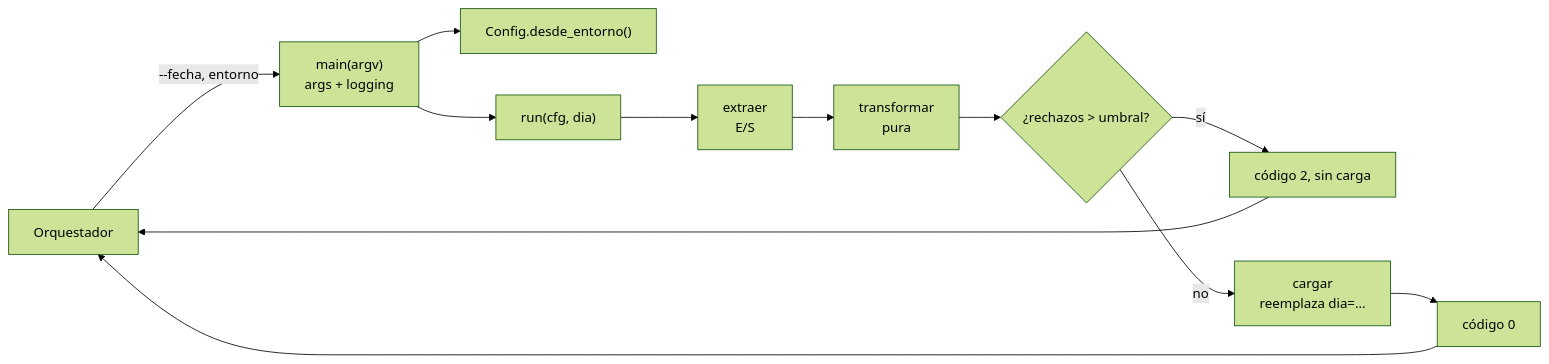
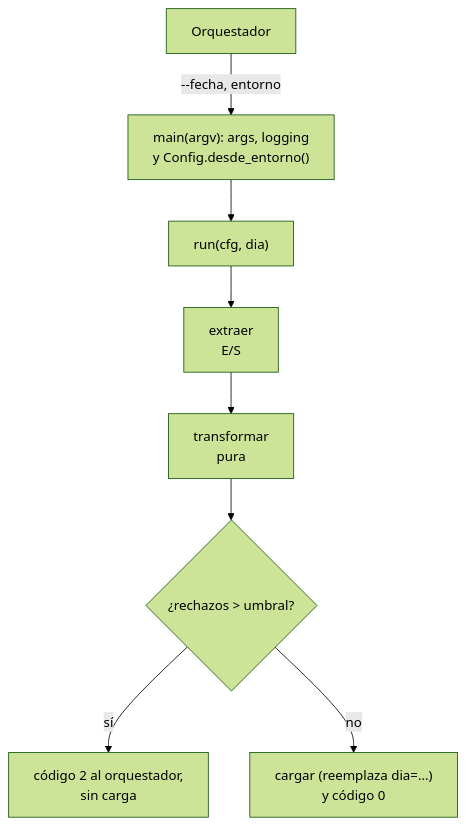
Before and after one commit to fcp4891/de-knowledge-hub: the diagram in content/concepts/python-pipeline-structure.md, drawn with Mermaid (forest theme). The commit also changed other lines of this file and 20 other files, not shown here.

First line of the commit message:
§9 con el estándar de diagramas: 21 diagramas sobre 8 nodos o 10 aristas, rehechos

````diff
--- a/content/concepts/python-pipeline-structure.md
+++ b/content/concepts/python-pipeline-structure.md
@@ -165,12 +165,8 @@
 ```mermaid
-flowchart LR
-  O[Orquestador] -->|--fecha, entorno| M["main(argv)<br/>args + logging"]
-  M --> C["Config.desde_entorno()"]
+flowchart TB
+  O[Orquestador] -->|--fecha, entorno| M["main(argv): args, logging<br/>y Config.desde_entorno()"]
   M --> R["run(cfg, dia)"]
   R --> E["extraer<br/>E/S"] --> T["transformar<br/>pura"] --> Q{"¿rechazos > umbral?"}
-  Q -->|sí| X[código 2, sin carga]
-  Q -->|no| L["cargar<br/>reemplaza dia=..."]
-  L --> Z[código 0]
-  X --> O
-  Z --> O
+  Q -->|sí| X["código 2 al orquestador,<br/>sin carga"]
+  Q -->|no| L["cargar (reemplaza dia=...)<br/>y código 0"]
 ```
````
